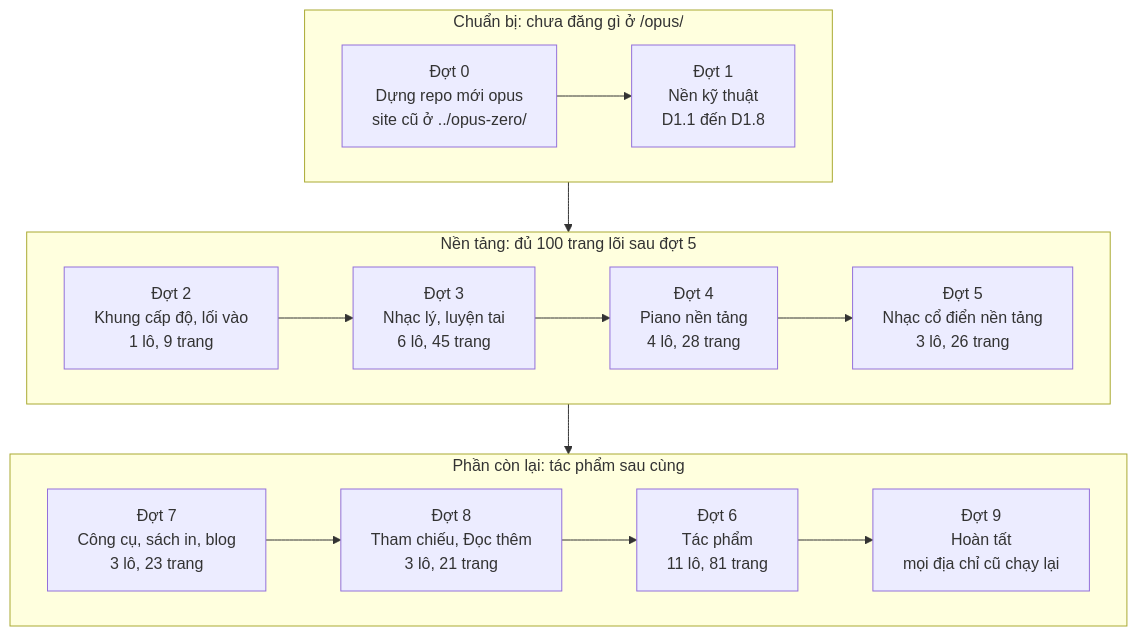
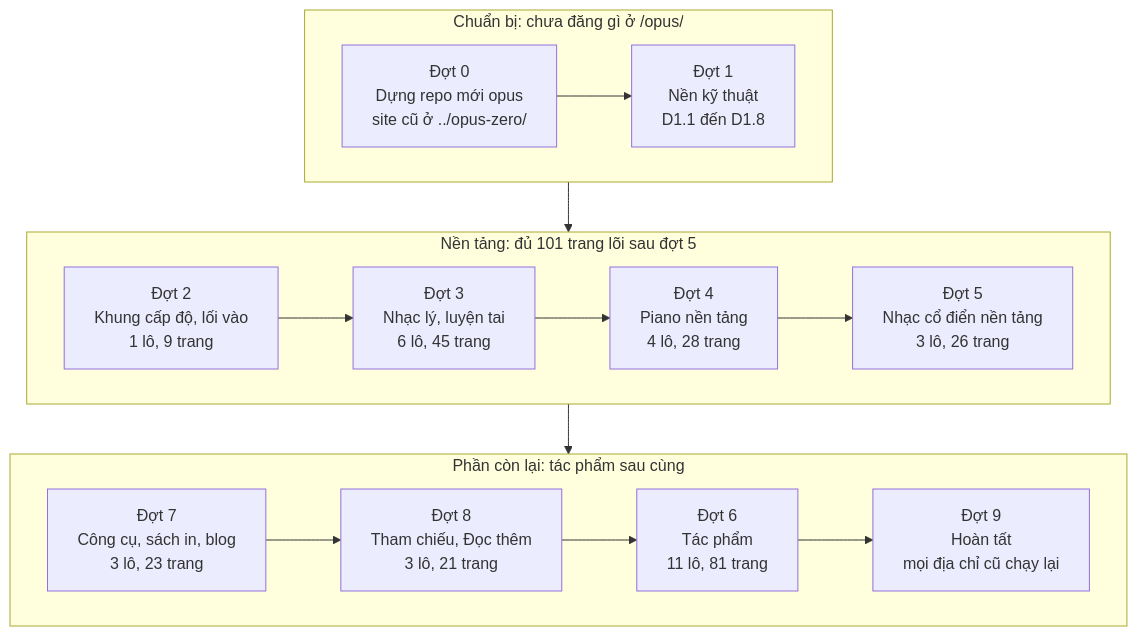
Before and after one commit to mtuann/opus: the first of 6 diagrams in plans/lam-lai/so-do.md, drawn with Mermaid. The commit also changed other lines of this file and 10 other files, not shown here.

First line of the commit message:
Duyệt bảng tầng trước đợt 2: 5 trang đổi tầng (opera, dàn nhạc thành Lõi; đương đại, Việt Nam, nghe mù thành Tham chiếu có hạn)

````diff
--- a/plans/lam-lai/so-do.md
+++ b/plans/lam-lai/so-do.md
@@ -7,16 +7,16 @@
 ```mermaid
 flowchart TB
   subgraph G1["Chuẩn bị: chưa đăng gì ở /opus/"]
     direction LR
     D0["Đợt 0<br/>Dựng repo mới opus<br/>site cũ ở ../opus-zero/"] --> D1["Đợt 1<br/>Nền kỹ thuật<br/>D1.1 đến D1.8"]
   end
-  subgraph G2["Nền tảng: đủ 100 trang lõi sau đợt 5"]
+  subgraph G2["Nền tảng: đủ 101 trang lõi sau đợt 5"]
     direction LR
     D2["Đợt 2<br/>Khung cấp độ, lối vào<br/>1 lô, 9 trang"] --> D3["Đợt 3<br/>Nhạc lý, luyện tai<br/>6 lô, 45 trang"] --> D4["Đợt 4<br/>Piano nền tảng<br/>4 lô, 28 trang"] --> D5["Đợt 5<br/>Nhạc cổ điển nền tảng<br/>3 lô, 26 trang"]
   end
   subgraph G3["Phần còn lại: tác phẩm sau cùng"]
     direction LR
     D7["Đợt 7<br/>Công cụ, sách in, blog<br/>3 lô, 23 trang"] --> D8["Đợt 8<br/>Tham chiếu, Đọc thêm<br/>3 lô, 21 trang"] --> D6["Đợt 6<br/>Tác phẩm<br/>11 lô, 81 trang"] --> D9["Đợt 9<br/>Hoàn tất<br/>mọi địa chỉ cũ chạy lại"]
   end
   G1 --> G2 --> G3
 ```
````
